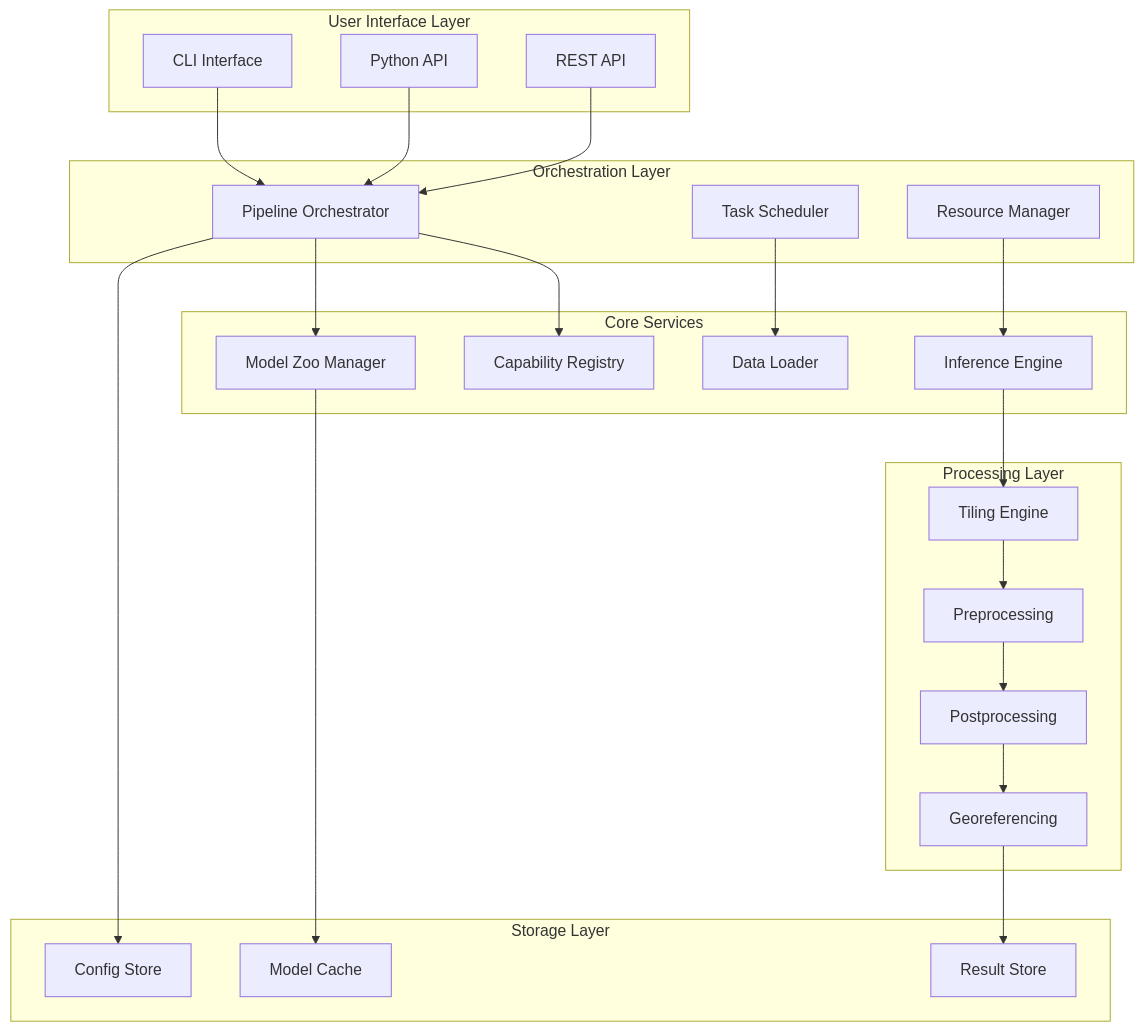
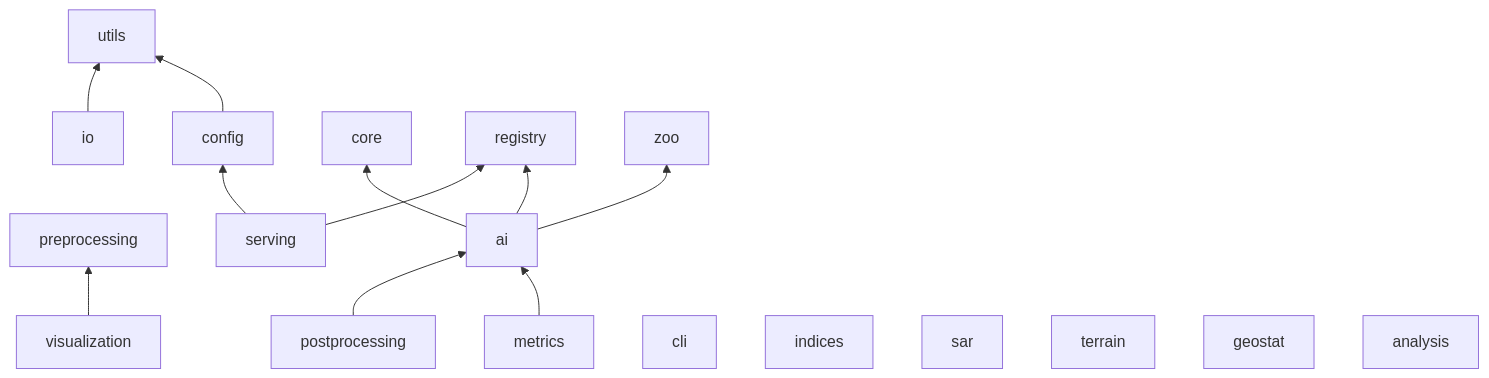
Before and after one commit to unbihexium-oss/unbihexium: the first of 3 diagrams in docs/architecture/overview.md, drawn with Mermaid. The commit also changed other lines of this file and 5 other files, not shown here.

First line of the commit message:
docs(architecture): rewrite the architecture pages and the benchmarks

````diff
--- a/docs/architecture/overview.md
+++ b/docs/architecture/overview.md
@@ -11,52 +122,20 @@
 ```mermaid
-graph TB
-    subgraph "User Interface Layer"
-        A1[CLI Interface]
-        A2[Python API]
-        A3[REST API]
-    end
-
-    subgraph "Orchestration Layer"
-        B1[Pipeline Orchestrator]
-        B2[Task Scheduler]
-        B3[Resource Manager]
-    end
-
-    subgraph "Core Services"
-        C1[Capability Registry]
-        C2[Model Zoo Manager]
-        C3[Data Loader]
-        C4[Inference Engine]
-    end
-
-    subgraph "Processing Layer"
-        D1[Tiling Engine]
-        D2[Preprocessing]
-        D3[Postprocessing]
-        D4[Georeferencing]
-    end
-
-    subgraph "Storage Layer"
-        E1[Model Cache]
-        E2[Result Store]
-        E3[Config Store]
-    end
-
-    A1 --> B1
-    A2 --> B1
-    A3 --> B1
-
-    B1 --> C1
-    B1 --> C2
-    B2 --> C3
-    B3 --> C4
-
-    C4 --> D1
-    D1 --> D2
-    D2 --> D3
-    D3 --> D4
-
-    C2 --> E1
-    D4 --> E2
-    B1 --> E3
+flowchart BT
+    utils[utils]
+    config[config] --> utils
+    io[io] --> utils
+    visualization[visualization] --> preprocessing[preprocessing]
+    ai[ai] --> core[core]
+    ai --> registry[registry]
+    ai --> zoo[zoo]
+    metrics[metrics] --> ai
+    postprocessing[postprocessing] --> ai
+    serving[serving] --> config
+    serving --> registry
+    cli[cli]
+    indices[indices]
+    sar[sar]
+    terrain[terrain]
+    geostat[geostat]
+    analysis[analysis]
 ```
````
